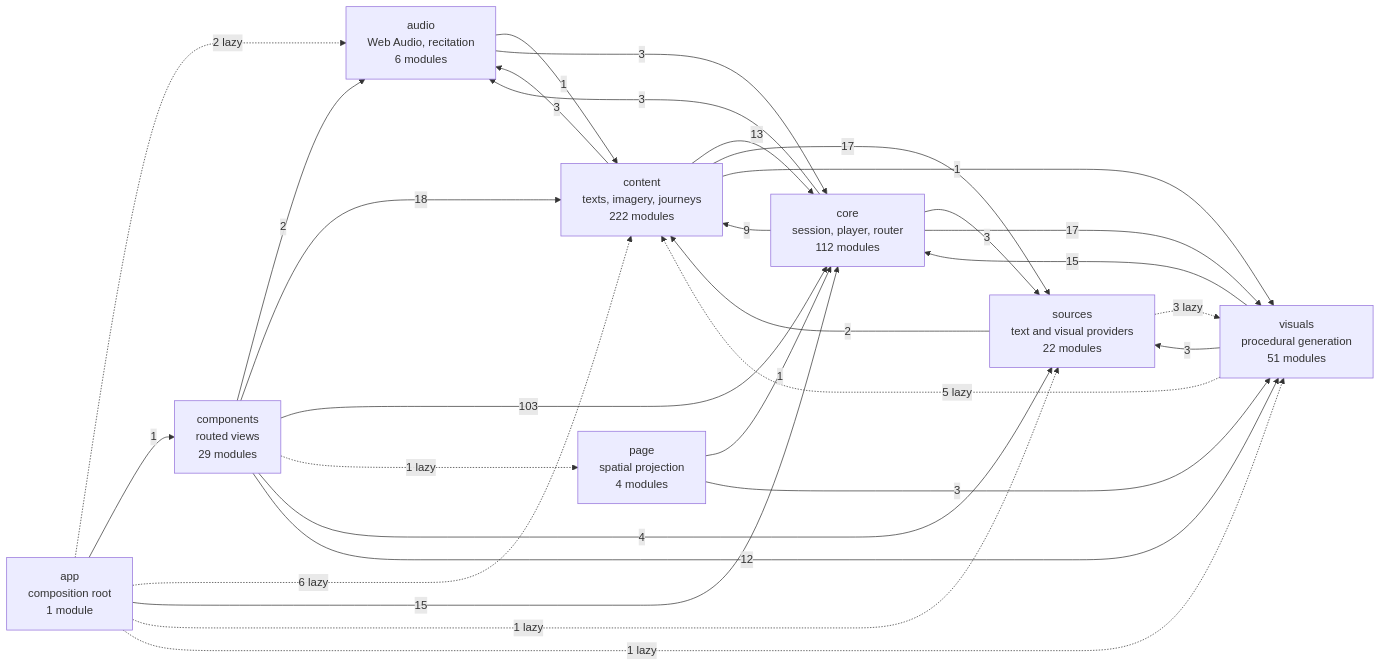
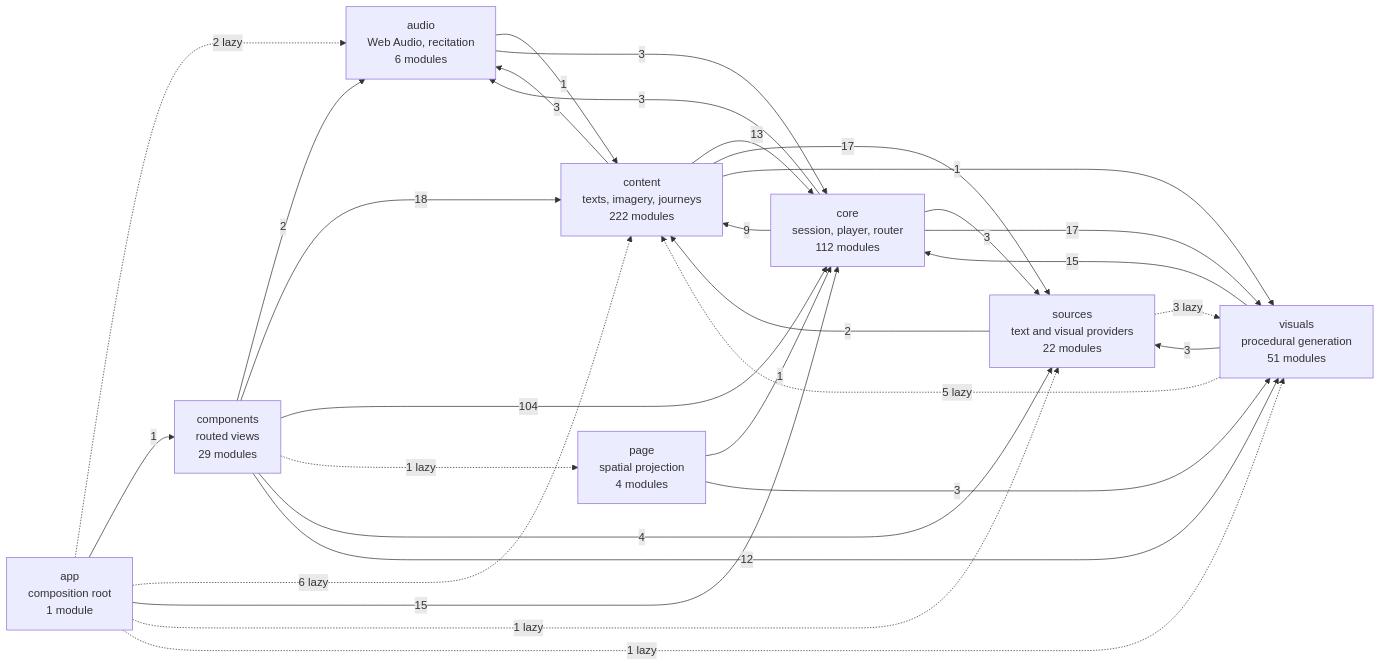
Before and after one commit to SyberLabs/RISE: the diagram in docs/specs/ARCHITECTURE.md, drawn with Mermaid. The commit also changed 8 other files, not shown here.

````diff
--- a/docs/specs/ARCHITECTURE.md
+++ b/docs/specs/ARCHITECTURE.md
@@ -149,41 +149,41 @@
 ```mermaid
 flowchart LR
     app["app<br/>composition root<br/>1 module"]
     audio["audio<br/>Web Audio, recitation<br/>6 modules"]
     components["components<br/>routed views<br/>29 modules"]
     content["content<br/>texts, imagery, journeys<br/>222 modules"]
     core["core<br/>session, player, router<br/>112 modules"]
     page["page<br/>spatial projection<br/>4 modules"]
     sources["sources<br/>text and visual providers<br/>22 modules"]
     visuals["visuals<br/>procedural generation<br/>51 modules"]
 
     app -.-> |2 lazy| audio
     app --> |1| components
     app -.-> |6 lazy| content
     app --> |15| core
     app -.-> |1 lazy| sources
     app -.-> |1 lazy| visuals
     audio --> |1| content
     audio --> |3| core
     components --> |2| audio
     components --> |18| content
-    components --> |103| core
+    components --> |104| core
     components -.-> |1 lazy| page
     components --> |4| sources
     components --> |12| visuals
     content --> |3| audio
     content --> |13| core
     content --> |17| sources
     content --> |1| visuals
     core --> |3| audio
     core --> |9| content
     core --> |3| sources
     core --> |17| visuals
     page --> |1| core
     page --> |3| visuals
     sources --> |2| content
     sources -.-> |3 lazy| visuals
     visuals -.-> |5 lazy| content
     visuals --> |15| core
     visuals --> |3| sources
 ```
````
